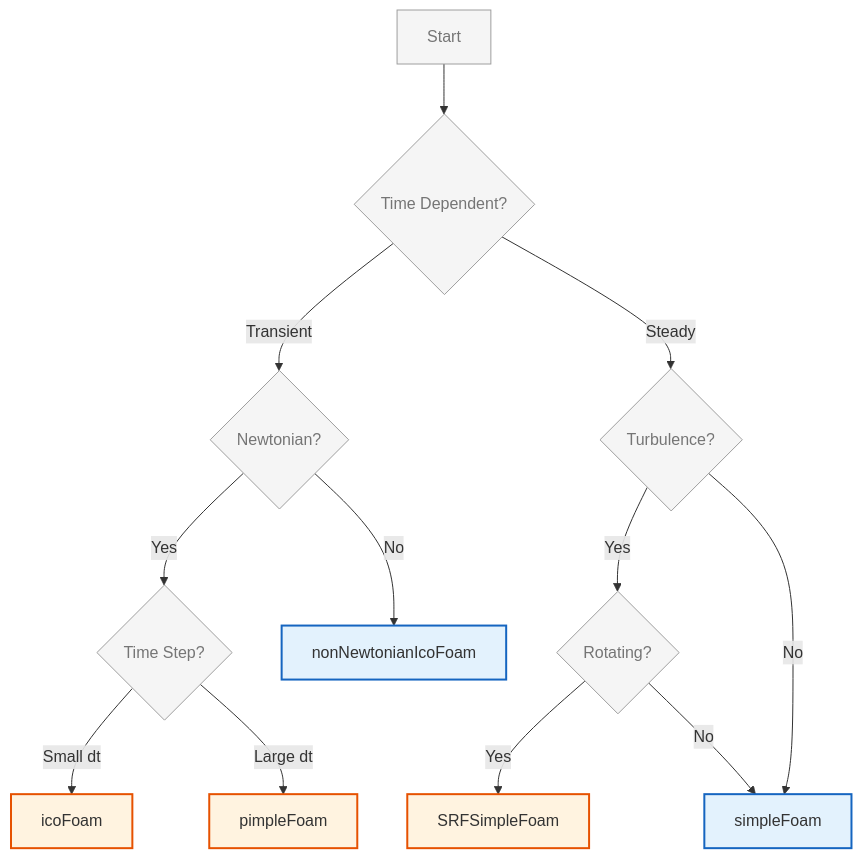
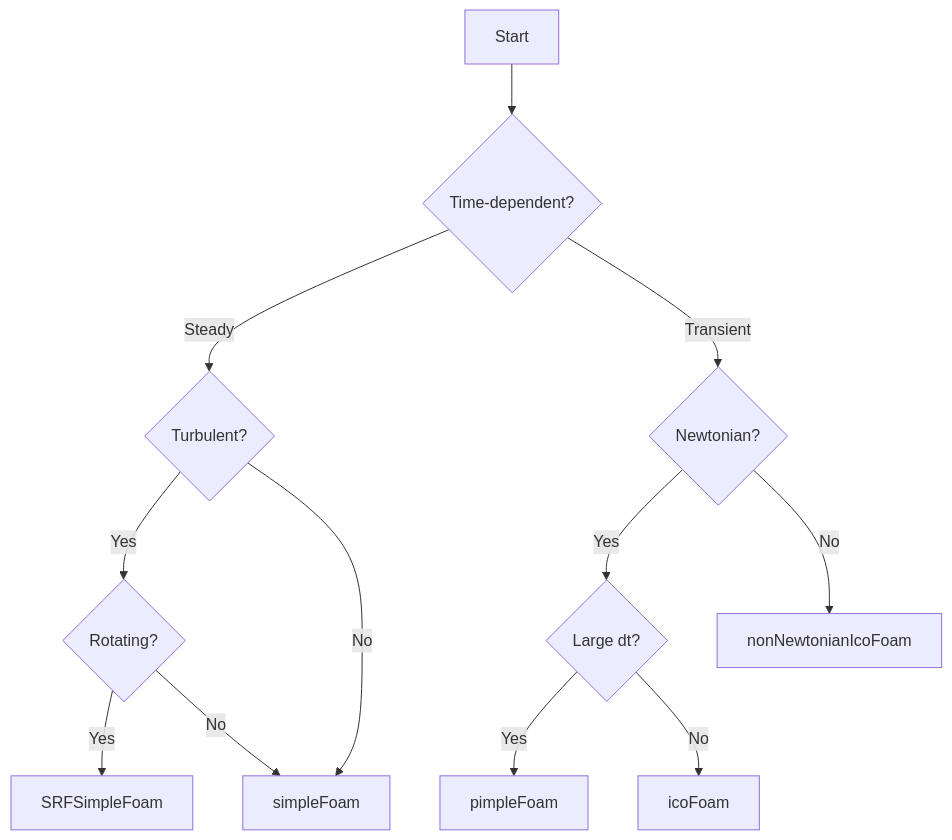
The diagram in MODULE_03_SINGLE_PHASE_FLOW/CONTENT/01_INCOMPRESSIBLE_FLOW_SOLVERS/02_Standard_Solvers.md (wramet/build-my-cfd), drawn with Mermaid before and after one commit. The commit also changed other lines of this file and 384 other files, not shown here.

````diff
--- a/MODULE_03_SINGLE_PHASE_FLOW/CONTENT/01_INCOMPRESSIBLE_FLOW_SOLVERS/02_Standard_Solvers.md
+++ b/MODULE_03_SINGLE_PHASE_FLOW/CONTENT/01_INCOMPRESSIBLE_FLOW_SOLVERS/02_Standard_Solvers.md
@@ -583,23 +233,18 @@
 ```mermaid
 flowchart TD
-%% Classes
-classDef explicit fill:#fff3e0,stroke:#e65100,stroke-width:2px;
-classDef implicit fill:#e3f2fd,stroke:#1565c0,stroke-width:2px;
-classDef context fill:#f5f5f5,stroke:#9e9e9e,stroke-width:1px,color:#757575;
-%% Nodes
-A[Start]:::context --> B{Time Dependent?}:::context
-B -->|Transient| C{Newtonian?}:::context
-B -->|Steady| D{Turbulence?}:::context
-
-C -->|Yes| E{Time Step?}:::context
-C -->|No| F[nonNewtonianIcoFoam]:::implicit
-
-E -->|Small dt| G[icoFoam]:::explicit
-E -->|Large dt| H[pimpleFoam]:::explicit
-
-D -->|Yes| I{Rotating?}:::context
-D -->|No| J[simpleFoam]:::implicit
-
-I -->|Yes| K[SRFSimpleFoam]:::explicit
-I -->|No| J
+    A[Start] --> B{Time-dependent?}
+    B -->|Steady| C{Turbulent?}
+    B -->|Transient| D{Newtonian?}
+    
+    C -->|Yes| E{Rotating?}
+    C -->|No| F[simpleFoam]
+    
+    E -->|Yes| G[SRFSimpleFoam]
+    E -->|No| F
+    
+    D -->|Yes| H{Large dt?}
+    D -->|No| I[nonNewtonianIcoFoam]
+    
+    H -->|Yes| J[pimpleFoam]
+    H -->|No| K[icoFoam]
 ```
````
